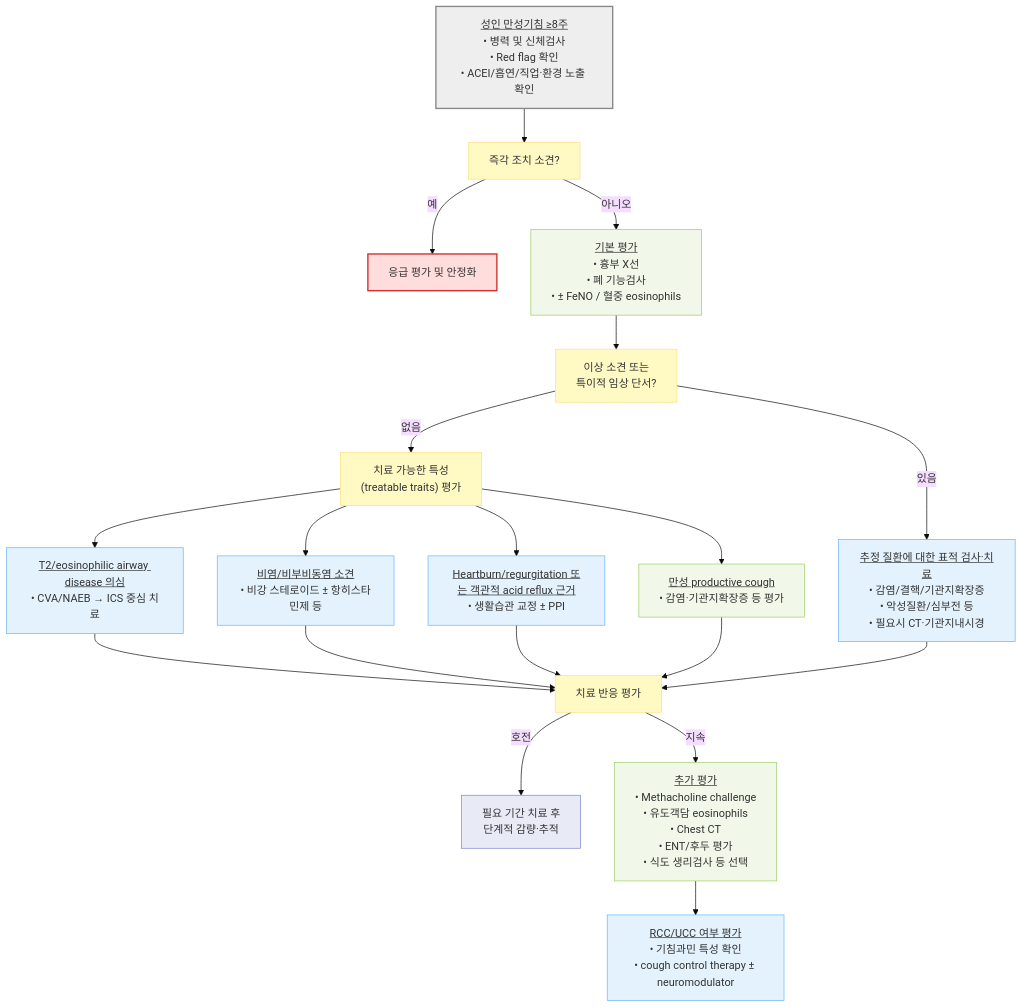
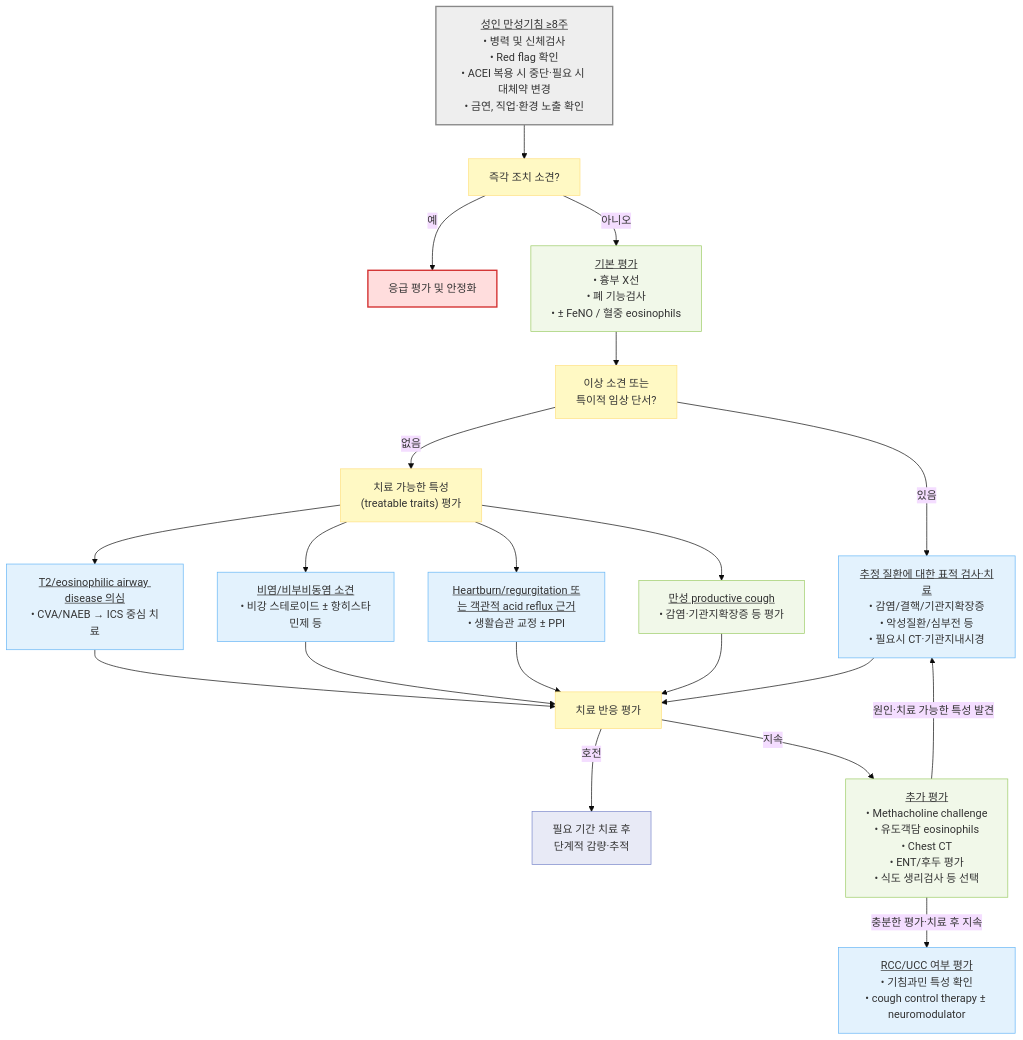
One commit to familyoh77/familyoh77 changed the third of 3 diagrams in 220_/006_-cough.md. Above: the diagram before and after it, drawn with Mermaid (base theme). The commit also changed other lines of this file, not shown here.

````diff
--- a/220_/006_-cough.md
+++ b/220_/006_-cough.md
@@ -279,35 +278,36 @@
 ```mermaid
 flowchart TD
-    Start["<u>성인 만성기침 ≥8주</u><br/>• 병력 및 신체검사<br/>• Red flag 확인<br/>• ACEI/흡연/직업·환경 노출 확인"]
+    Start["<u>성인 만성기침 ≥8주</u><br/>• 병력 및 신체검사<br/>• Red flag 확인<br/>• ACEI 복용 시 중단·필요 시 대체약 변경<br/>• 금연, 직업·환경 노출 확인"]
     Start --> Urgent["즉각 조치 소견?"]
     Urgent -- "예" --> Emergency["응급 평가 및 안정화"]
     Urgent -- "아니오" --> Basic["<u>기본 평가</u><br/>• 흉부 X선<br/>• 폐 기능검사<br/>• ± FeNO / 혈중 eosinophils"]
     Basic --> Abnormal["이상 소견 또는<br/>특이적 임상 단서?"]
     Abnormal -- "있음" --> Specific["<u>추정 질환에 대한 표적 검사·치료</u><br/>• 감염/결핵/기관지확장증<br/>• 악성질환/심부전 등<br/>• 필요시 CT·기관지내시경"]
     Abnormal -- "없음" --> Traits["치료 가능한 특성<br/>(treatable traits) 평가"]
     Traits --> Eos["<u>T2/eosinophilic airway disease 의심</u><br/>• CVA/NAEB → ICS 중심 치료"]
     Traits --> Upper["<u>비염/비부비동염 소견</u><br/>• 비강 스테로이드 ± 항히스타민제 등"]
     Traits --> Reflux["<u>Heartburn/regurgitation 또는 객관적 acid reflux 근거</u><br/>• 생활습관 교정 ± PPI"]
     Traits --> Productive["<u>만성 productive cough</u><br/>• 감염·기관지확장증 등 평가"]
     Eos --> FU["치료 반응 평가"]
     Upper --> FU
     Reflux --> FU
     Productive --> FU
     Specific --> FU
     FU -- "호전" --> Maintain["필요 기간 치료 후<br/>단계적 감량·추적"]
     FU -- "지속" --> Add["<u>추가 평가</u><br/>• Methacholine challenge<br/>• 유도객담 eosinophils<br/>• Chest CT<br/>• ENT/후두 평가<br/>• 식도 생리검사 등 선택"]
-    Add --> RCC["<u>RCC/UCC 여부 평가</u><br/>• 기침과민 특성 확인<br/>• cough control therapy ± neuromodulator"]
+    Add -- "원인·치료 가능한 특성 발견" --> Specific
+    Add -- "충분한 평가·치료 후 지속" --> RCC["<u>RCC/UCC 여부 평가</u><br/>• 기침과민 특성 확인<br/>• cough control therapy ± neuromodulator"]
 
     classDef start fill:#eeeeee,stroke:#888888,stroke-width:2px
     classDef question fill:#fff9c4,stroke:#ffe082
     classDef emergency fill:#ffdddd,stroke:#d32f2f,stroke-width:2px
     classDef evaluation fill:#f1f8e9,stroke:#9ccc65
     classDef treatment fill:#e3f2fd,stroke:#64b5f6
     classDef followup fill:#e8eaf6,stroke:#7986cb
     class Start start
     class Urgent,Abnormal,Traits,FU question
     class Emergency emergency
     class Basic,Productive,Add evaluation
     class Specific,Eos,Upper,Reflux,RCC treatment
     class Maintain followup
 ```
````
